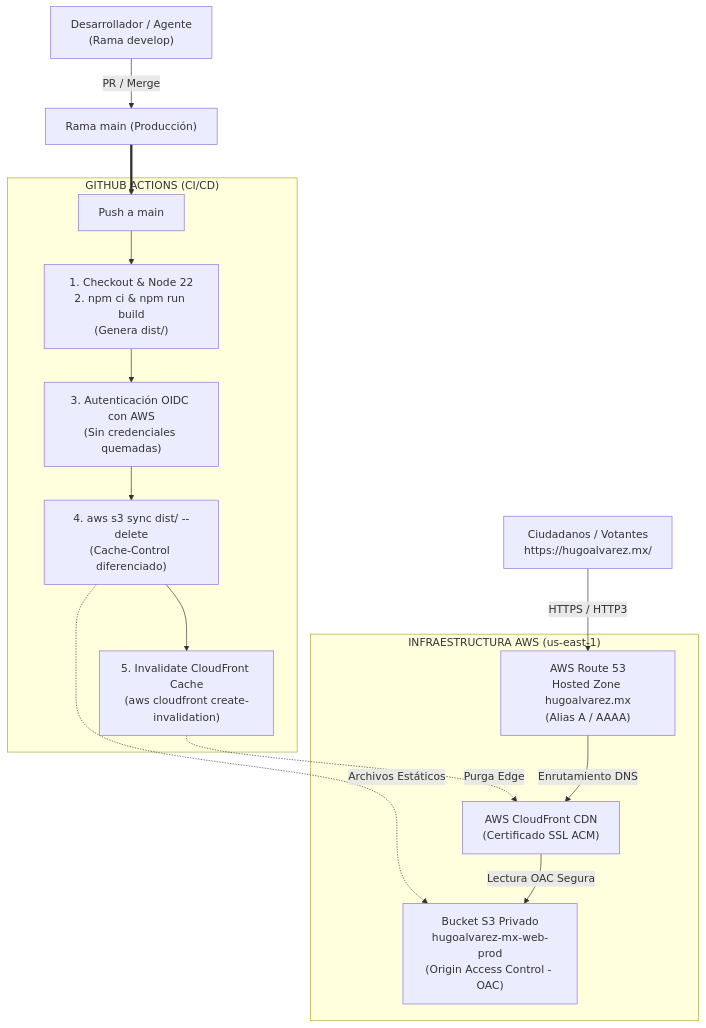
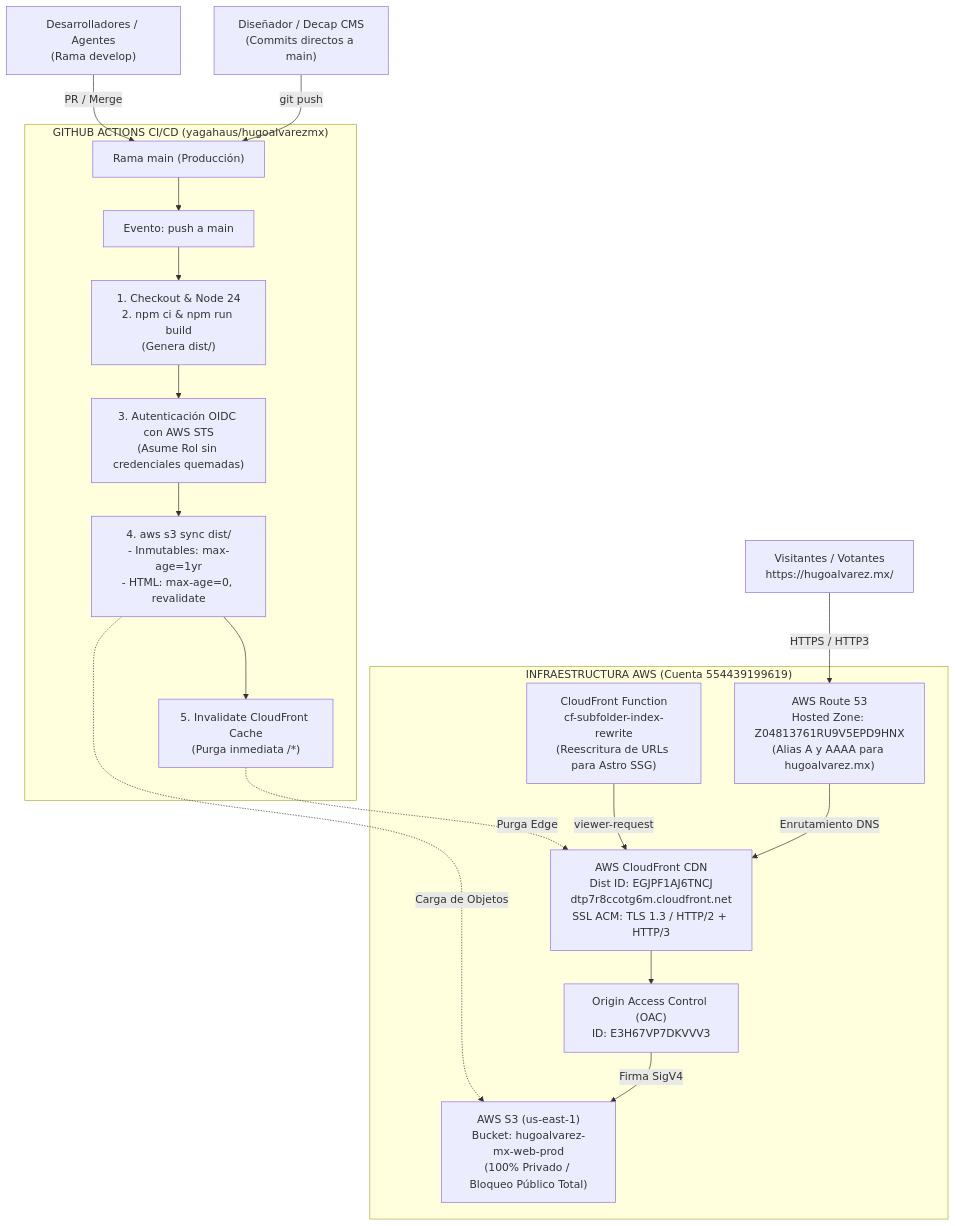
The diagram in docs/plan-despliegue-automatizado.md (yagahaus/hugoalvarezmx), drawn with Mermaid before and after one commit. The commit also changed other lines of this file and 1 other file, not shown here.

Commit message:
docs: expandir documentacion de arquitectura OIDC, IAM y S3/CloudFront

````diff
--- a/docs/plan-despliegue-automatizado.md
+++ b/docs/plan-despliegue-automatizado.md
@@ -14,26 +14,30 @@
 ```mermaid
 flowchart TD
-    DEV["Desarrollador / Agente<br/>(Rama develop)"] -->|PR / Merge| MAIN["Rama main (Producción)"]
+    DEV["Desarrolladores / Agentes<br/>(Rama develop)"] -->|PR / Merge| MAIN["Rama main (Producción)"]
+    DESIGNER["Diseñador / Decap CMS<br/>(Commits directos a main)"] -->|git push| MAIN
     
-    subgraph GITHUB["GITHUB ACTIONS (CI/CD)"]
-        TRIGGER["Push a main"] --> BUILD["1. Checkout & Node 22<br/>2. npm ci & npm run build<br/>(Genera dist/)"]
-        BUILD --> OIDC["3. Autenticación OIDC con AWS<br/>(Sin credenciales quemadas)"]
-        OIDC --> SYNC["4. aws s3 sync dist/ --delete<br/>(Cache-Control diferenciado)"]
-        SYNC --> INVAL["5. Invalidate CloudFront Cache<br/>(aws cloudfront create-invalidation)"]
+    subgraph GITHUB["GITHUB ACTIONS CI/CD (yagahaus/hugoalvarezmx)"]
+        MAIN --> TRIGGER["Evento: push a main"]
+        TRIGGER --> BUILD["1. Checkout & Node 24<br/>2. npm ci & npm run build<br/>(Genera dist/)"]
+        BUILD --> OIDC["3. Autenticación OIDC con AWS STS<br/>(Asume Rol sin credenciales quemadas)"]
+        OIDC --> S3_SYNC["4. aws s3 sync dist/<br/>- Inmutables: max-age=1yr<br/>- HTML: max-age=0, revalidate"]
+        S3_SYNC --> INVAL["5. Invalidate CloudFront Cache<br/>(Purga inmediata /*)"]
     end
 
-    MAIN ==> TRIGGER
-
-    subgraph AWS_INFRA["INFRAESTRUCTURA AWS (us-east-1)"]
-        S3["Bucket S3 Privado<br/>hugoalvarez-mx-web-prod<br/>(Origin Access Control - OAC)"]
-        CF["AWS CloudFront CDN<br/>(Certificado SSL ACM)"]
-        R53["AWS Route 53<br/>Hosted Zone hugoalvarez.mx<br/>(Alias A / AAAA)"]
+    subgraph AWS["INFRAESTRUCTURA AWS (Cuenta 554439199619)"]
+        S3["AWS S3 (us-east-1)<br/>Bucket: hugoalvarez-mx-web-prod<br/>(100% Privado / Bloqueo Público Total)"]
+        OAC["Origin Access Control (OAC)<br/>ID: E3H67VP7DKVVV3"]
+        CFF["CloudFront Function<br/>cf-subfolder-index-rewrite<br/>(Reescritura de URLs para Astro SSG)"]
+        CF["AWS CloudFront CDN<br/>Dist ID: EGJPF1AJ6TNCJ<br/>dtp7r8ccotg6m.cloudfront.net<br/>SSL ACM: TLS 1.3 / HTTP/2 + HTTP/3"]
+        R53["AWS Route 53<br/>Hosted Zone: Z04813761RU9V5EPD9HNX<br/>(Alias A y AAAA para hugoalvarez.mx)"]
         
-        SYNC -.->|Archivos Estáticos| S3
+        S3_SYNC -.->|Carga de Objetos| S3
         INVAL -.->|Purga Edge| CF
-        CF -->|Lectura OAC Segura| S3
+        OAC -->|Firma SigV4| S3
+        CF --> OAC
+        CFF -->|viewer-request| CF
         R53 -->|Enrutamiento DNS| CF
     end
 
-    USER["Ciudadanos / Votantes<br/>https://hugoalvarez.mx/"] -->|HTTPS / HTTP3| R53
+    USER["Visitantes / Votantes<br/>https://hugoalvarez.mx/"] -->|HTTPS / HTTP3| R53
 ```
````
